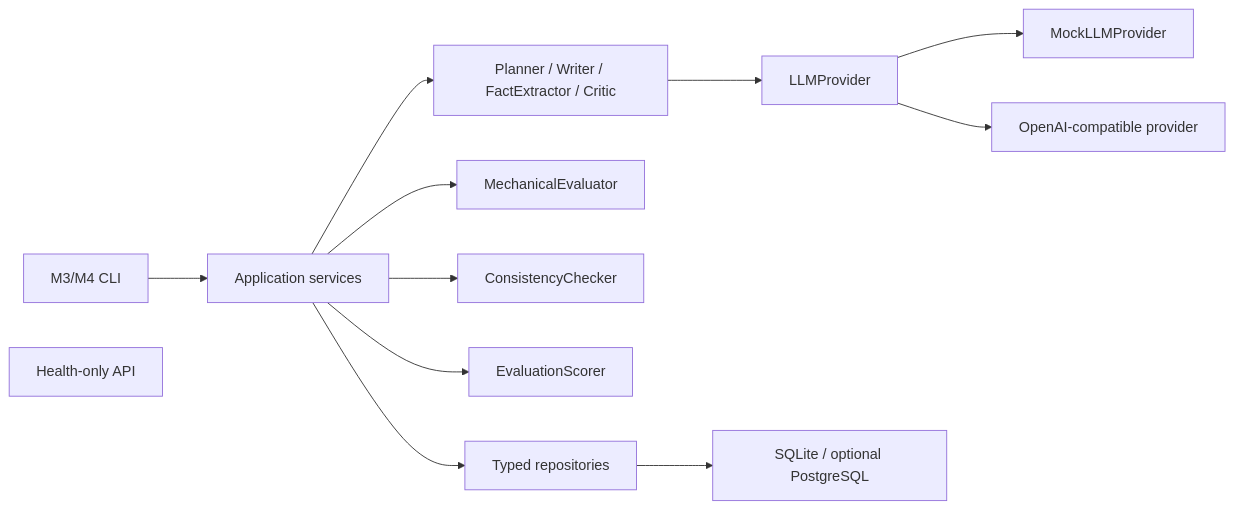
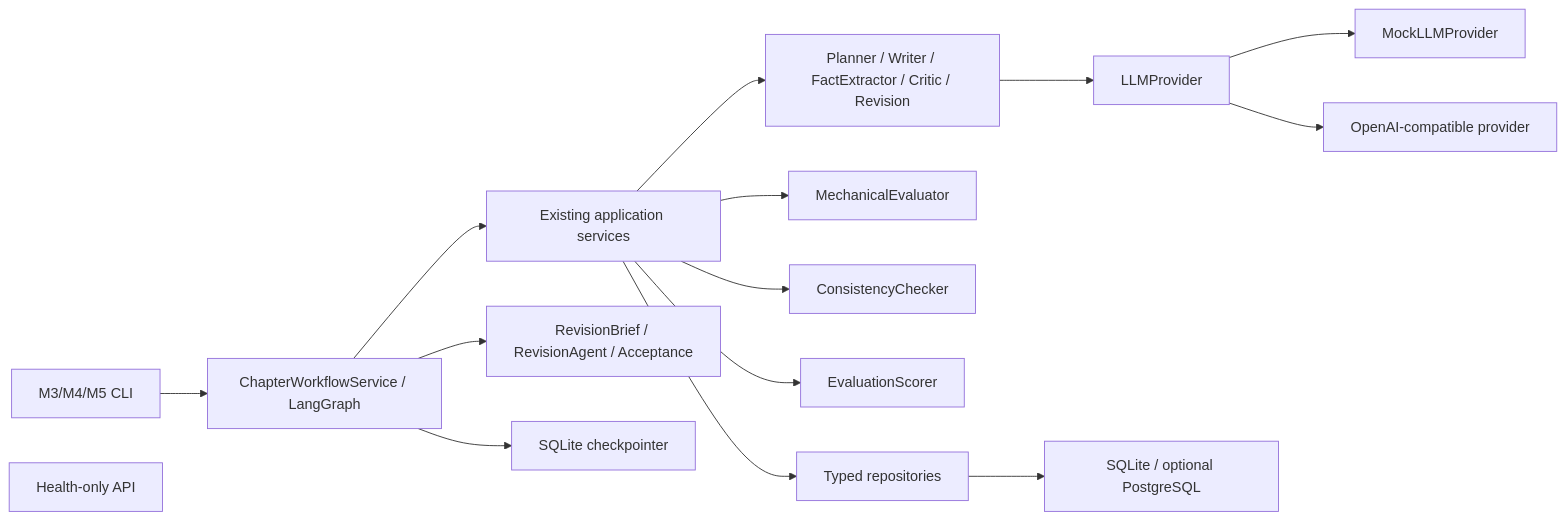
One commit to JiaoZiQ/StoryForge changed the diagram in docs/architecture.md. Above: the diagram before and after it, drawn with Mermaid. The commit also changed other lines of this file and 50 other files, not shown here.

Commit message:
feat: complete milestone 5 revision workflow

````diff
--- a/docs/architecture.md
+++ b/docs/architecture.md
@@ -5,14 +5,17 @@
 ```mermaid
 flowchart LR
-    CLI["M3/M4 CLI"] --> Services["Application services"]
+    CLI["M3/M4/M5 CLI"] --> Workflow["ChapterWorkflowService / LangGraph"]
     API["Health-only API"]
-    Services --> Agents["Planner / Writer / FactExtractor / Critic"]
+    Workflow --> Services["Existing application services"]
+    Workflow --> Revision["RevisionBrief / RevisionAgent / Acceptance"]
+    Workflow --> Checkpoint["SQLite checkpointer"]
+    Services --> Agents["Planner / Writer / FactExtractor / Critic / Revision"]
     Services --> Mechanical["MechanicalEvaluator"]
     Services --> Consistency["ConsistencyChecker"]
     Services --> Scorer["EvaluationScorer"]
     Services --> Repositories["Typed repositories"]
     Agents --> LLM["LLMProvider"]
     Repositories --> DB["SQLite / optional PostgreSQL"]
     LLM --> Mock["MockLLMProvider"]
     LLM --> Compatible["OpenAI-compatible provider"]
 ```
````
